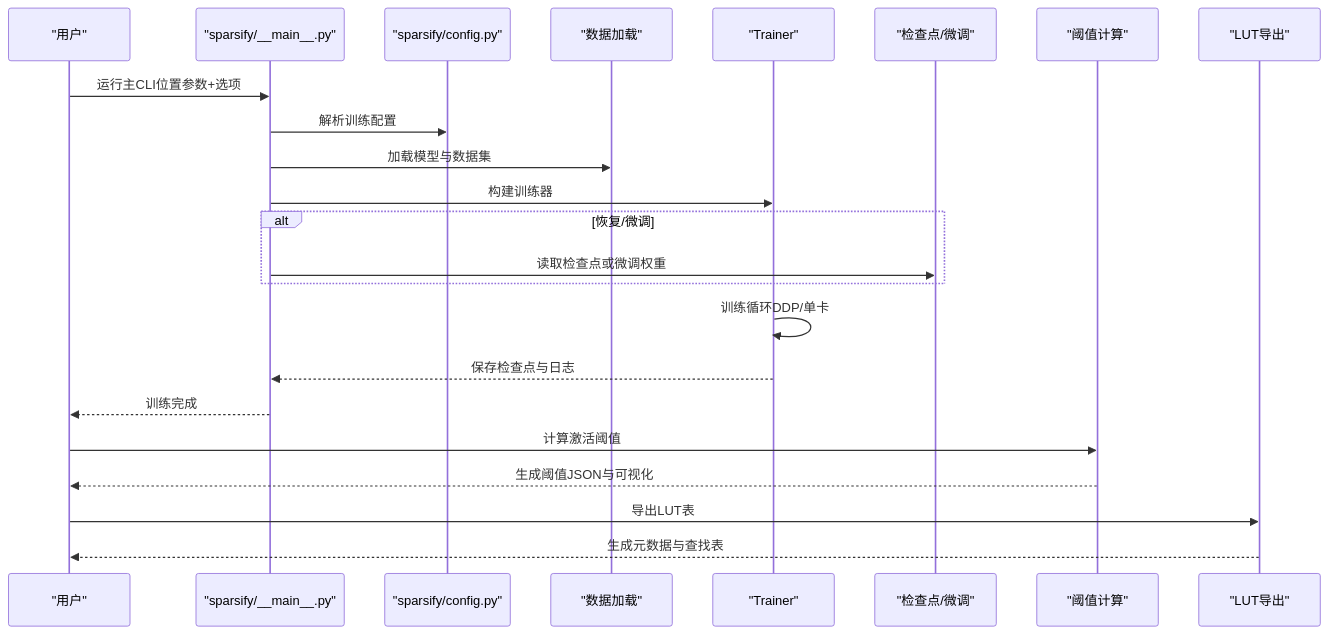
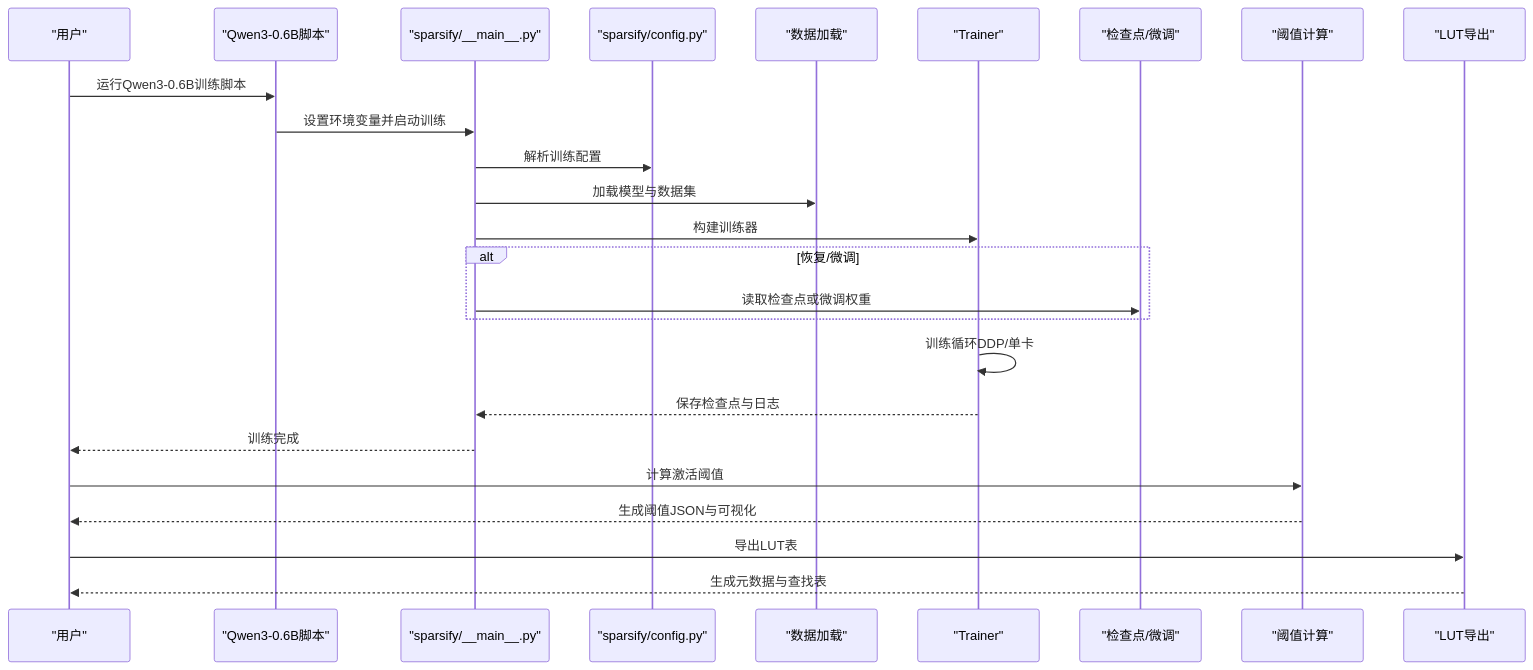
One commit to duanzhaol/sparsify changed the second of 8 diagrams in .qoder/repowiki/zh/content/命令行工具/命令行工具.md. Above: the diagram before and after it, drawn with Mermaid. The commit also changed other lines of this file and 3 other files, not shown here.

````diff
--- a/.qoder/repowiki/zh/content/命令行工具/命令行工具.md
+++ b/.qoder/repowiki/zh/content/命令行工具/命令行工具.md
@@ -132,25 +160,27 @@
 ```mermaid
 sequenceDiagram
 participant U as "用户"
+participant T as "Qwen3-0.6B脚本"
 participant CLI as "sparsify/__main__.py"
 participant CFG as "sparsify/config.py"
 participant DS as "数据加载"
 participant TR as "Trainer"
 participant CKPT as "检查点/微调"
 participant THR as "阈值计算"
 participant LUT as "LUT导出"
-U->>CLI : 运行主CLI位置参数+选项
+U->>T : 运行Qwen3-0.6B训练脚本
+T->>CLI : 设置环境变量并启动训练
 CLI->>CFG : 解析训练配置
 CLI->>DS : 加载模型与数据集
 CLI->>TR : 构建训练器
 alt 恢复/微调
 CLI->>CKPT : 读取检查点或微调权重
 end
 TR->>TR : 训练循环DDP/单卡
 TR-->>CLI : 保存检查点与日志
 CLI-->>U : 训练完成
 U->>THR : 计算激活阈值
 THR-->>U : 生成阈值JSON与可视化
 U->>LUT : 导出LUT表
 LUT-->>U : 生成元数据与查找表
 ```
````
